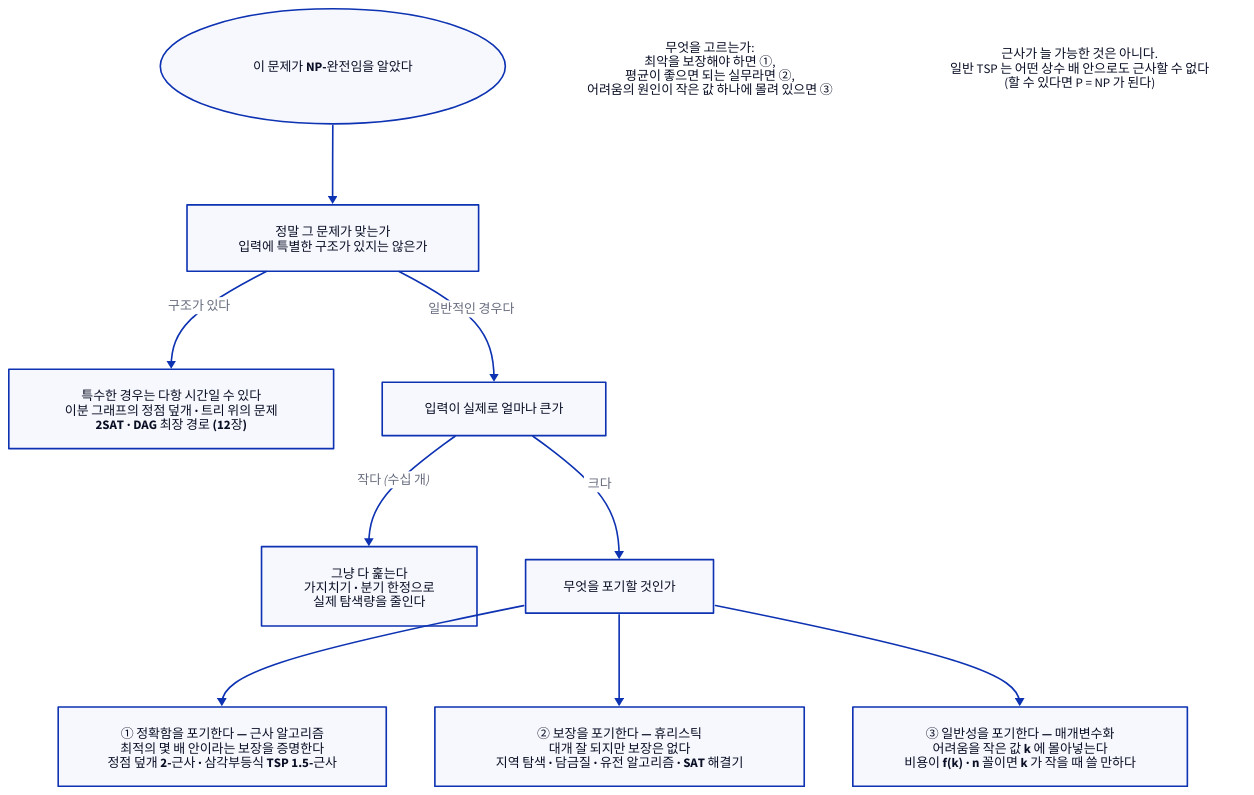
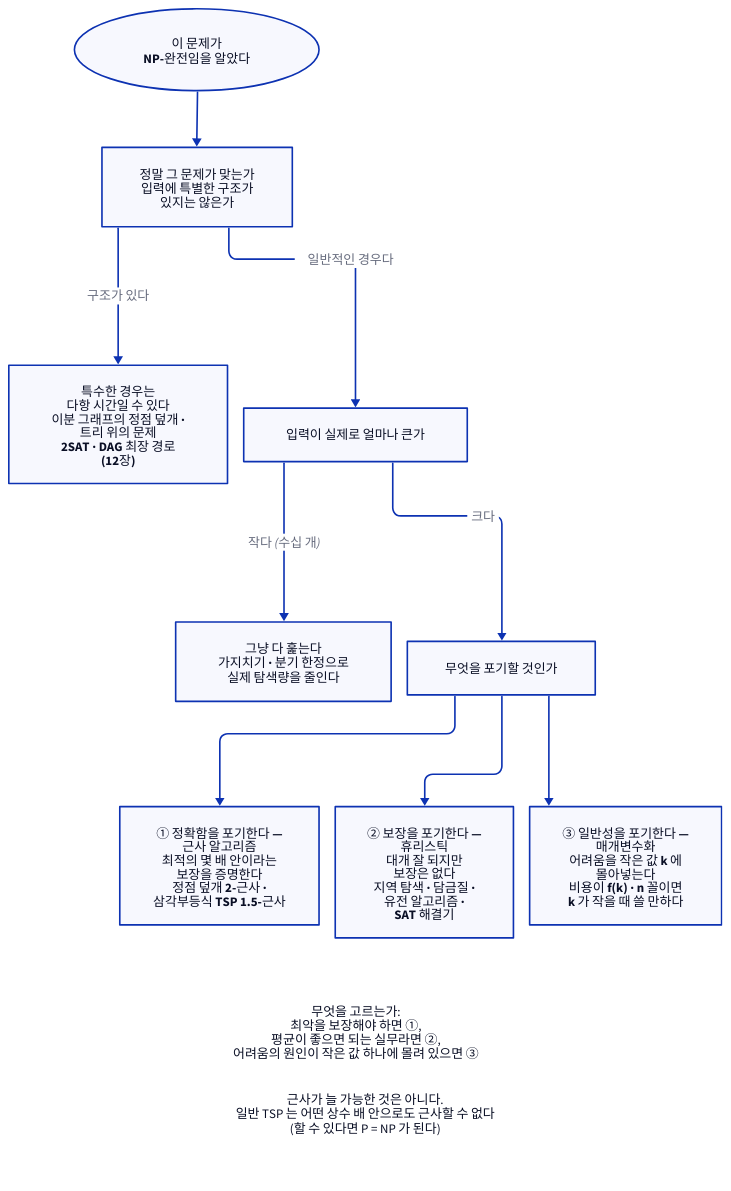
One commit to Dong-gi/Dong-gi.github.io changed the diagram in d2/algorithm/alg-d-np-response.d2. Above: the diagram before and after it, drawn with D2. The commit also changed 315 other files, not shown here.

```diff
--- a/d2/algorithm/alg-d-np-response.d2
+++ b/d2/algorithm/alg-d-np-response.d2
@@ -1,53 +1,64 @@
 # NP-완전 문제를 만났을 때 — 13장(계산 복잡도).
 #
 # 무엇을 읽어야 하나: NP-완전이라는 것은 ‘포기하라’ 가 아니라
 # ‘완벽한 답을 다항 시간에 얻으려는 시도를 그만두라’ 는 뜻이다. 무엇을 포기할지 고르면 된다.
+vars: { d2-config: { layout-engine: elk } }
 direction: down
 
-만남: { label: "이 문제가 NP-완전임을 알았다"; shape: oval; style.bold: true }
+만남: { label: "이 문제가\nNP-완전임을 알았다"; shape: oval; style.bold: true }
 
-확인: { label: "정말 그 문제가 맞는가\n입력에 특별한 구조가 있지는 않은가" }
+확인: { label: "정말 그 문제가 맞는가\n입력에 특별한 구조가\n있지는 않은가" }
 만남 -> 확인
 
 특수: {
-  label: "특수한 경우는 다항 시간일 수 있다\n이분 그래프의 정점 덮개 · 트리 위의 문제\n2SAT · DAG 최장 경로 (12장)"
+  label: "특수한 경우는\n다항 시간일 수 있다\n이분 그래프의 정점 덮개 ·\n트리 위의 문제\n2SAT · DAG 최장 경로\n(12장)"
   style.bold: true
 }
 확인 -> 특수: "구조가 있다"
 
 크기: { label: "입력이 실제로 얼마나 큰가" }
 확인 -> 크기: "일반적인 경우다"
 
 완전탐색: {
   label: "그냥 다 훑는다\n가지치기 · 분기 한정으로\n실제 탐색량을 줄인다"
 }
 크기 -> 완전탐색: "작다 (수십 개)"
 
 세갈래: { label: "무엇을 포기할 것인가" }
 크기 -> 세갈래: "크다"
 
 근사: {
-  label: "① 정확함을 포기한다 — 근사 알고리즘\n최적의 몇 배 안이라는 보장을 증명한다\n정점 덮개 2-근사 · 삼각부등식 TSP 1.5-근사"
+  label: "① 정확함을 포기한다 —\n근사 알고리즘\n최적의 몇 배 안이라는\n보장을 증명한다\n정점 덮개 2-근사 ·\n삼각부등식 TSP 1.5-근사"
   style.bold: true
 }
 휴리스틱: {
-  label: "② 보장을 포기한다 — 휴리스틱\n대개 잘 되지만 보장은 없다\n지역 탐색 · 담금질 · 유전 알고리즘 · SAT 해결기"
+  label: "② 보장을 포기한다 —\n휴리스틱\n대개 잘 되지만\n보장은 없다\n지역 탐색 · 담금질 ·\n유전 알고리즘 ·\nSAT 해결기"
   style.bold: true
 }
 매개변수: {
-  label: "③ 일반성을 포기한다 — 매개변수화\n어려움을 작은 값 k 에 몰아넣는다\n비용이 f(k) · n 꼴이면 k 가 작을 때 쓸 만하다"
+  label: "③ 일반성을 포기한다 —\n매개변수화\n어려움을 작은 값 k 에\n몰아넣는다\n비용이 f(k) · n 꼴이면\nk 가 작을 때 쓸 만하다"
   style.bold: true
 }
 세갈래 -> 근사
 세갈래 -> 휴리스틱
 세갈래 -> 매개변수
+
+# 두 메모는 보이지 않는 틀에 위아래로 묶어 그림 아래에 둔다.
+메모: {
+  label: ""
+  near: bottom-center
+  grid-rows: 2
+  grid-columns: 1
+  style.stroke-width: 0
+  style.fill: transparent
 
 고르기: {
   label: "무엇을 고르는가:\n최악을 보장해야 하면 ①,\n평균이 좋으면 되는 실무라면 ②,\n어려움의 원인이 작은 값 하나에 몰려 있으면 ③"
   shape: text
 }
 
 주의: {
   label: "근사가 늘 가능한 것은 아니다.\n일반 TSP 는 어떤 상수 배 안으로도 근사할 수 없다\n(할 수 있다면 P = NP 가 된다)"
   shape: text
 }
+}
```
